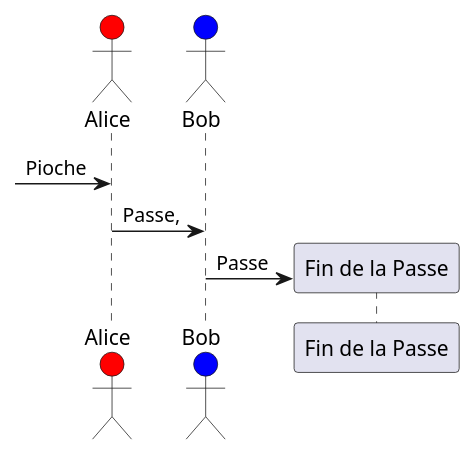
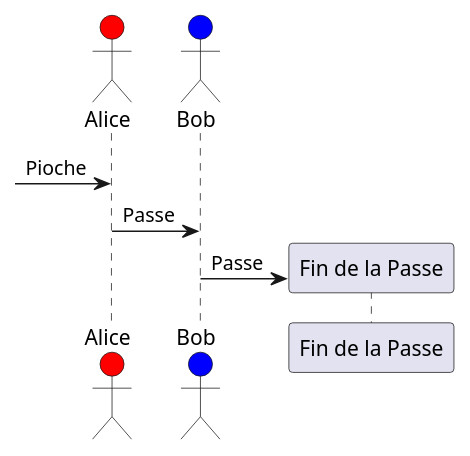
Before and after one commit to de-dale/wiki: the second of 7 diagrams in sphérier/référence/phases-de-jeu/combat.md, drawn with PlantUML. The commit also changed other lines of this file, not shown here.

````diff
--- a/sphérier/référence/phases-de-jeu/combat.md
+++ b/sphérier/référence/phases-de-jeu/combat.md
@@ -139,9 +139,9 @@
 ```plantuml
 actor Alice #red
 actor Bob #blue
 
 [-> Alice: Pioche
 
-Alice -> Bob : Passe,
+Alice -> Bob : Passe
 Bob -> "Fin de la Passe" ** : Passe
 ```
````
